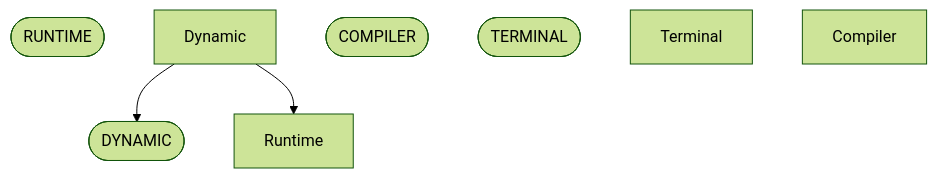
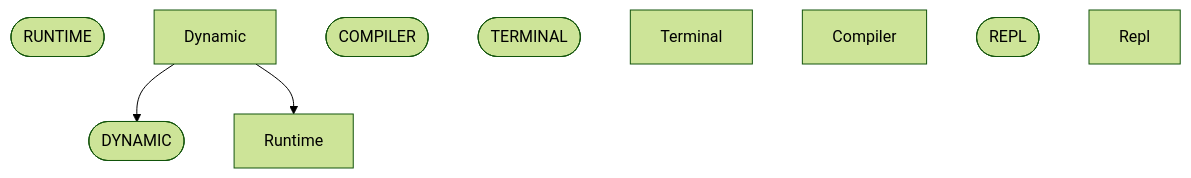
The ninth of 9 diagrams in docs/generated/basis/depends.md (ruudkoot/rune), drawn with Mermaid (forest theme) before and after one commit. The commit also changed other lines of this file and 80 other files, not shown here.

````diff
--- a/docs/generated/basis/depends.md
+++ b/docs/generated/basis/depends.md
@@ -430,13 +430,15 @@
 ```mermaid
 flowchart TD
   n85(["RUNTIME"])
   n86["Runtime"]
   n87(["DYNAMIC"])
   n88["Dynamic"]
   n89(["COMPILER"])
   n90(["TERMINAL"])
   n91["Terminal"]
   n92["Compiler"]
+  n93(["REPL"])
+  n94["Repl"]
   n88 --> n87
   n88 --> n86
 ```
````
